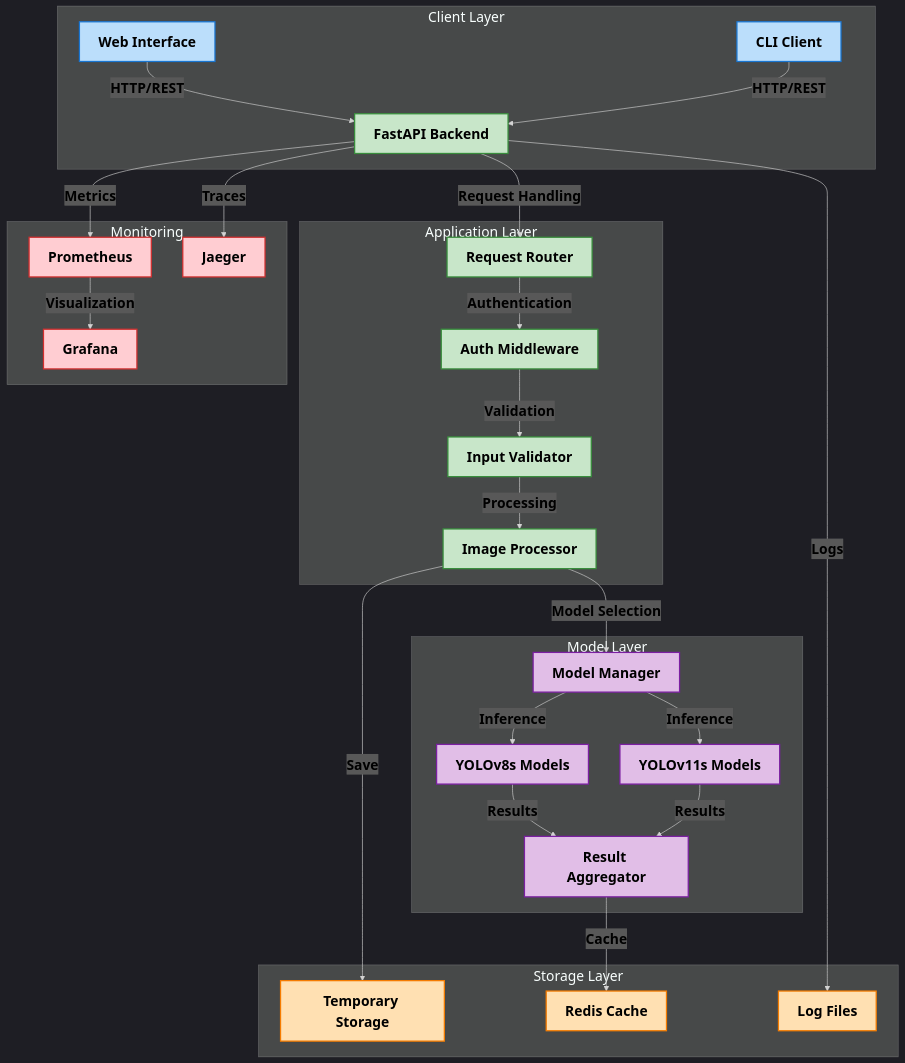
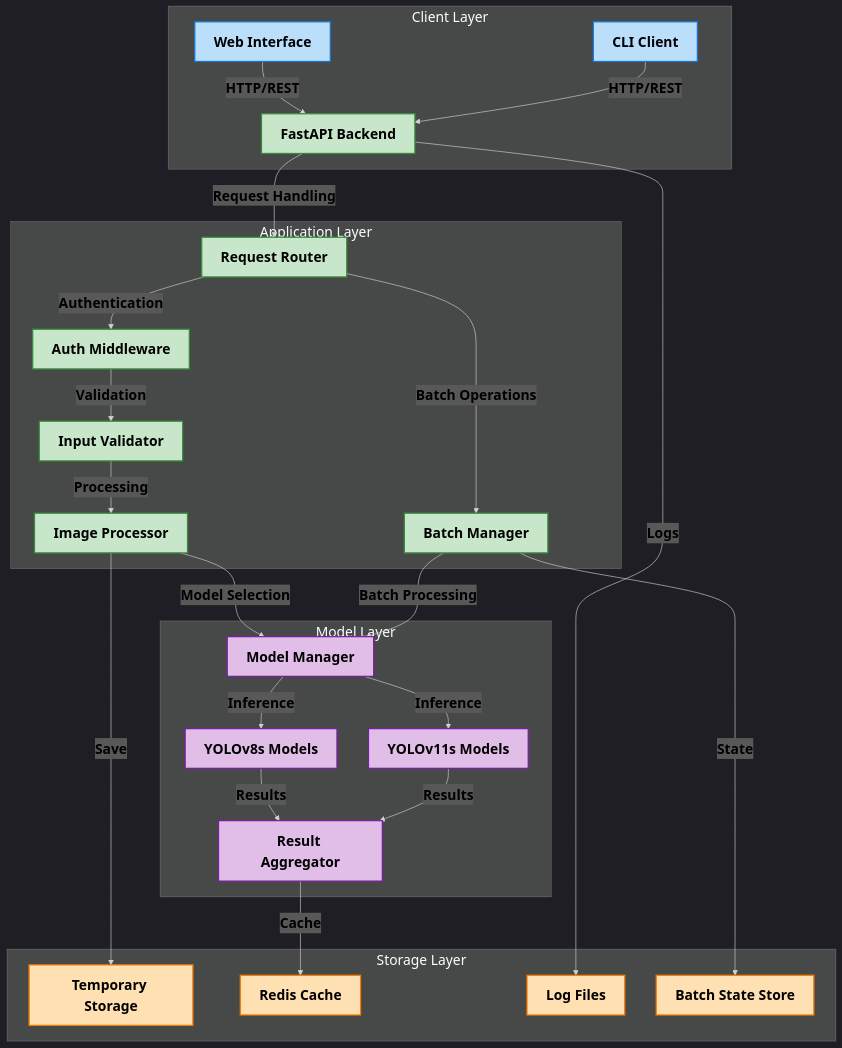
Before and after one commit to Dhruv0306/SymphonyProject1: the diagram in docs/images/High Level System Overview.mmd, drawn with Mermaid. The commit also changed 15 other files, not shown here.

First line of the commit message:
docs: enhance batch processing documentation and diagrams

```diff
--- a/docs/images/High Level System Overview.mmd
+++ b/docs/images/High Level System Overview.mmd
@@ -1,53 +1,49 @@
-%%{init: {'theme': 'dark', 'themeVariables': { 'fontFamily': 'arial', 'fontSize': '22px'}}}%%
+%%{init: {'theme': 'dark', 'themeVariables': { 'fontFamily': 'arial', 'fontSize': '22px', 'fontWeight': 'bold'}}}%%
 graph TD
     subgraph "Client Layer"
         style A fill:#bbdefb,stroke:#1976d2,stroke-width:2px,color:#000000,font-weight:bold
         style Z fill:#bbdefb,stroke:#1976d2,stroke-width:2px,color:#000000,font-weight:bold
-        A[Web Interface] -->|HTTP/REST| B[FastAPI Backend]
-        Z[CLI Client] -->|HTTP/REST| B
+        A["Web Interface"] -->|"HTTP/REST"| B["FastAPI Backend"]
+        Z["CLI Client"] -->|"HTTP/REST"| B
     end
 
     subgraph "Application Layer"
         style B fill:#c8e6c9,stroke:#388e3c,stroke-width:2px,color:#000000,font-weight:bold
         style C fill:#c8e6c9,stroke:#388e3c,stroke-width:2px,color:#000000,font-weight:bold
         style D fill:#c8e6c9,stroke:#388e3c,stroke-width:2px,color:#000000,font-weight:bold
         style E fill:#c8e6c9,stroke:#388e3c,stroke-width:2px,color:#000000,font-weight:bold
         style F fill:#c8e6c9,stroke:#388e3c,stroke-width:2px,color:#000000,font-weight:bold
-        B -->|Request Handling| C[Request Router]
-        C -->|Authentication| D[Auth Middleware]
-        D -->|Validation| E[Input Validator]
-        E -->|Processing| F[Image Processor]
+        style X fill:#c8e6c9,stroke:#388e3c,stroke-width:2px,color:#000000,font-weight:bold
+        B -->|"Request Handling"| C["Request Router"]
+        C -->|"Authentication"| D["Auth Middleware"]
+        D -->|"Validation"| E["Input Validator"]
+        E -->|"Processing"| F["Image Processor"]
+        C -->|"Batch Operations"| X["Batch Manager"]
     end
 
     subgraph "Model Layer"
         style G fill:#e1bee7,stroke:#7b1fa2,stroke-width:2px,color:#000000,font-weight:bold
         style H fill:#e1bee7,stroke:#7b1fa2,stroke-width:2px,color:#000000,font-weight:bold
         style I fill:#e1bee7,stroke:#7b1fa2,stroke-width:2px,color:#000000,font-weight:bold
         style J fill:#e1bee7,stroke:#7b1fa2,stroke-width:2px,color:#000000,font-weight:bold
-        F -->|Model Selection| G[Model Manager]
-        G -->|Inference| H[YOLOv8s Models]
-        G -->|Inference| I[YOLOv11s Models]
-        H -->|Results| J[Result Aggregator]
-        I -->|Results| J
+        F -->|"Model Selection"| G["Model Manager"]
+        G -->|"Inference"| H["YOLOv8s Models"]
+        G -->|"Inference"| I["YOLOv11s Models"]
+        H -->|"Results"| J["Result Aggregator"]
+        I -->|"Results"| J
+        X -->|"Batch Processing"| G
     end
 
     subgraph "Storage Layer" 
         style K fill:#ffe0b2,stroke:#f57c00,stroke-width:2px,color:#000000,font-weight:bold
         style L fill:#ffe0b2,stroke:#f57c00,stroke-width:2px,color:#000000,font-weight:bold
         style M fill:#ffe0b2,stroke:#f57c00,stroke-width:2px,color:#000000,font-weight:bold
-        F -->|Save| K[Temporary Storage]
-        J -->|Cache| L[Redis Cache]
-        B -->|Logs| M[Log Files]
-    end
-
-    subgraph "Monitoring" 
-        style N fill:#ffcdd2,stroke:#d32f2f,stroke-width:2px,color:#000000,font-weight:bold
-        style O fill:#ffcdd2,stroke:#d32f2f,stroke-width:2px,color:#000000,font-weight:bold
-        style P fill:#ffcdd2,stroke:#d32f2f,stroke-width:2px,color:#000000,font-weight:bold
-        B -->|Metrics| N[Prometheus]
-        N -->|Visualization| O[Grafana]
-        B -->|Traces| P[Jaeger]
+        style N fill:#ffe0b2,stroke:#f57c00,stroke-width:2px,color:#000000,font-weight:bold
+        F -->|"Save"| K["Temporary Storage"]
+        J -->|"Cache"| L["Redis Cache"]
+        B -->|"Logs"| M["Log Files"]
+        X -->|"State"| N["Batch State Store"]
     end
 
     %% Style all edge labels
     linkStyle default color:#000000,font-weight:bold
```
